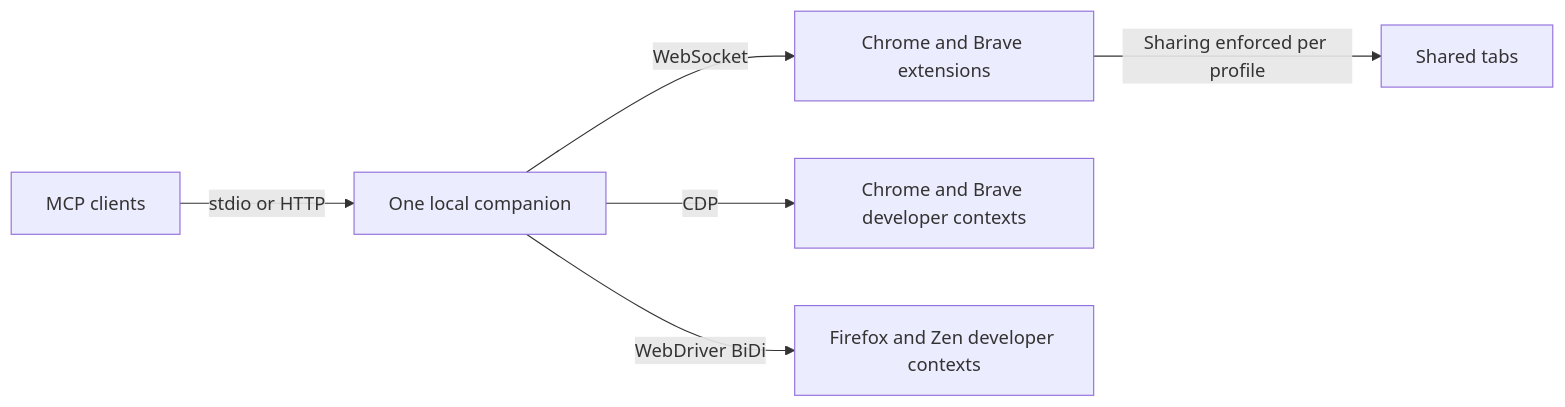
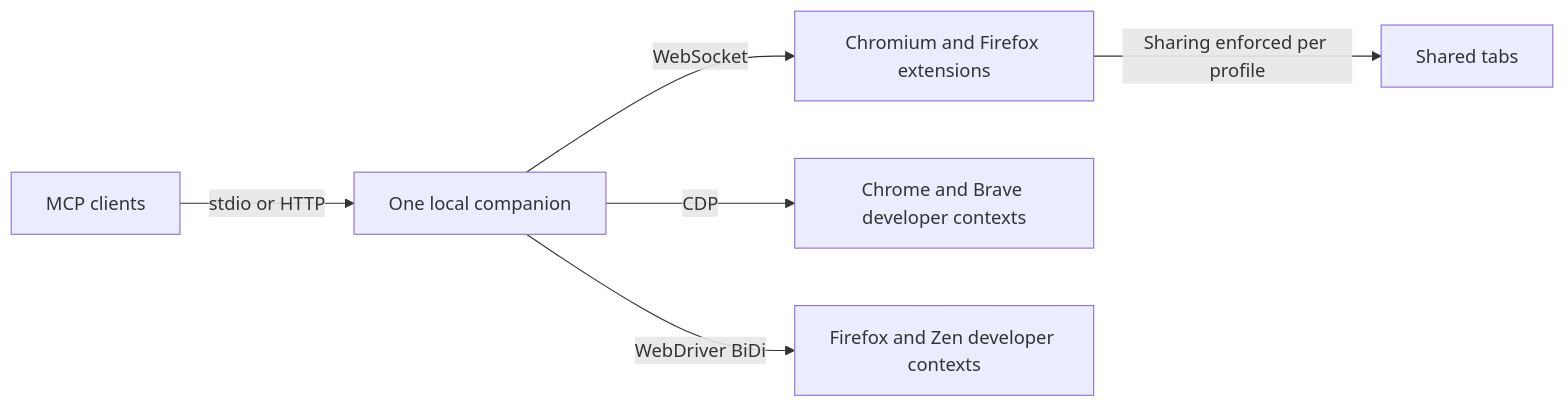
One commit to TUSHAR91316/browspark changed the diagram in docs/get-started/how-it-works.mdx. Above: the diagram before and after it, drawn with Mermaid. The commit also changed other lines of this file and 32 other files, not shown here.

Commit message:
docs: update Firefox setup and connection graph guides

````diff
--- a/docs/get-started/how-it-works.mdx
+++ b/docs/get-started/how-it-works.mdx
@@ -8,8 +8,8 @@
 ```mermaid
 flowchart LR
   A["MCP clients"] -->|"stdio or HTTP"| C["One local companion"]
-  C -->|"WebSocket"| E["Chrome and Brave extensions"]
+  C -->|"WebSocket"| E["Chromium and Firefox extensions"]
   E -->|"Sharing enforced per profile"| T["Shared tabs"]
   C -->|"CDP"| D["Chrome and Brave developer contexts"]
   C -->|"WebDriver BiDi"| F["Firefox and Zen developer contexts"]
 ```
````
